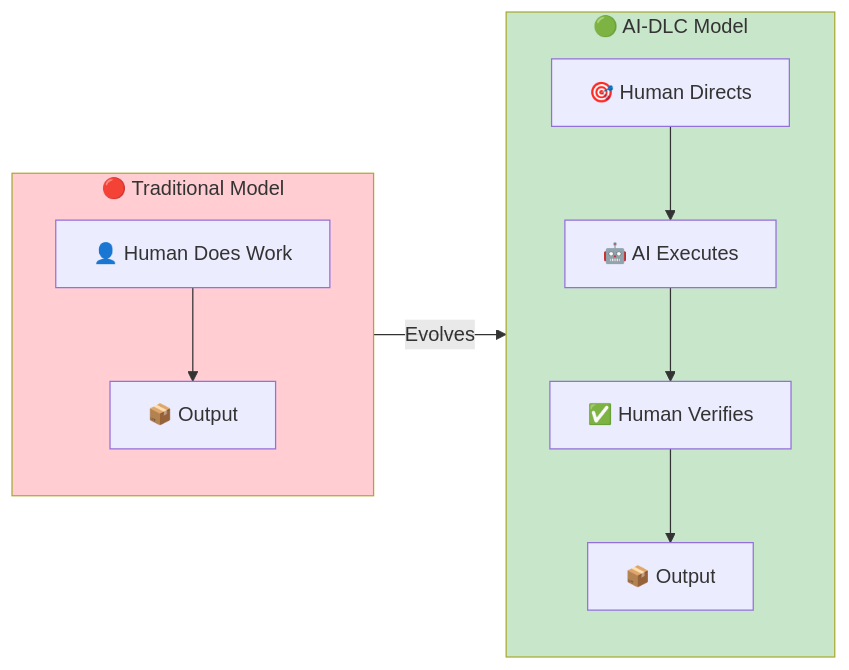
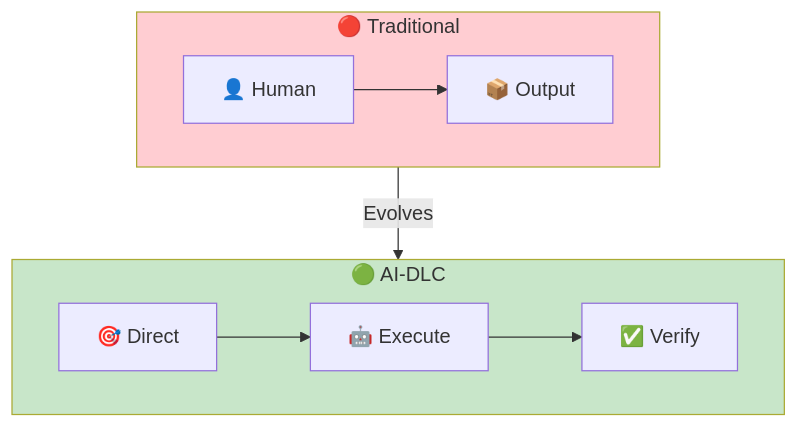
Before and after one commit to TheBushidoCollective/han: the first of 8 diagrams in website/content/papers/ai-dlc-2026/runbooks/adoption/reimagining-roles.md, drawn with Mermaid. The commit also changed other lines of this file and 21 other files, not shown here.

First line of the commit message:
fix(website): convert all AI-DLC runbook Mermaid diagrams to TB layout

````diff
--- a/website/content/papers/ai-dlc-2026/runbooks/adoption/reimagining-roles.md
+++ b/website/content/papers/ai-dlc-2026/runbooks/adoption/reimagining-roles.md
@@ -9,20 +9,16 @@
 ```mermaid
-flowchart LR
-    subgraph Before["🔴 Traditional Model"]
-        direction TB
-        H1[👤 Human Does Work]
-        H1 --> O1[📦 Output]
-    end
-
-    subgraph After["🟢 AI-DLC Model"]
-        direction TB
-        H2[🎯 Human Directs] --> A[🤖 AI Executes]
-        A --> H3[✅ Human Verifies]
-        H3 --> O2[📦 Output]
+flowchart TB
+    subgraph Before["🔴 Traditional"]
+        H1[👤 Human] --> O1[📦 Output]
     end
 
     Before -->|"Evolves"| After
 
+    subgraph After["🟢 AI-DLC"]
+        H2[🎯 Direct] --> A[🤖 Execute]
+        A --> H3[✅ Verify]
+    end
+
     style Before fill:#ffcdd2
     style After fill:#c8e6c9
 ```
````
